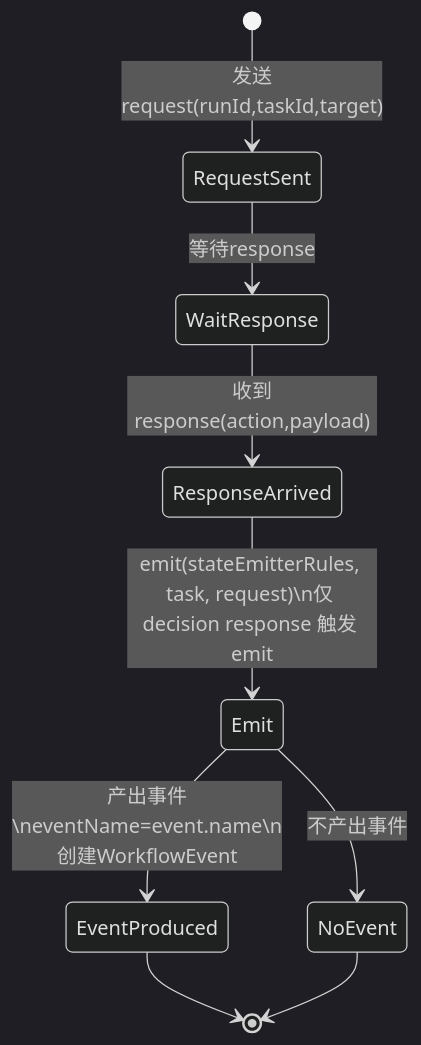
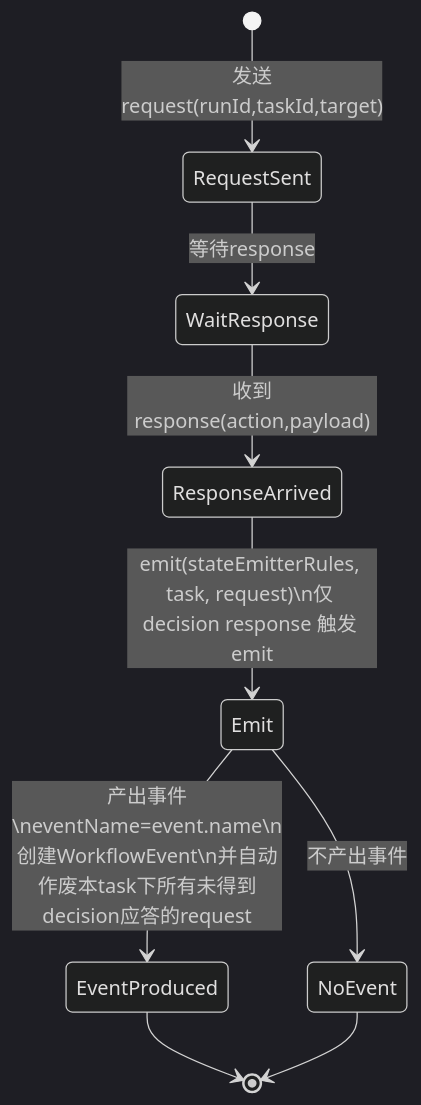
One commit to lchrennew/es-workflow changed the eighth of 8 diagrams in docs/design/20-runtime-domain.md. Above: the diagram before and after it, drawn with Mermaid (dark theme). The commit also changed other lines of this file and 20 other files, not shown here.

````diff
--- a/docs/design/20-runtime-domain.md
+++ b/docs/design/20-runtime-domain.md
@@ -464,13 +473,13 @@
 ```mermaid
 stateDiagram
   [*] --> RequestSent: 发送request(runId,taskId,target)
   RequestSent --> WaitResponse: 等待response
   WaitResponse --> ResponseArrived: 收到response(action,payload)
 
   ResponseArrived --> Emit: emit(stateEmitterRules, task, request)\n仅 decision response 触发 emit
-  Emit --> EventProduced: 产出事件\neventName=event.name\n创建WorkflowEvent
+  Emit --> EventProduced: 产出事件\neventName=event.name\n创建WorkflowEvent\n并自动作废本task下所有未得到decision应答的request
   Emit --> NoEvent: 不产出事件
 
   EventProduced --> [*]
   NoEvent --> [*]
 ```
````
